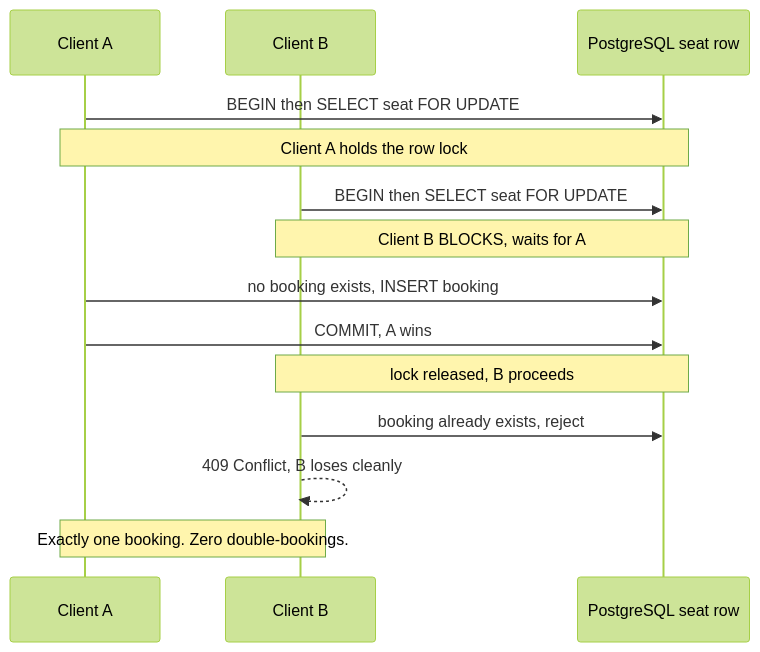
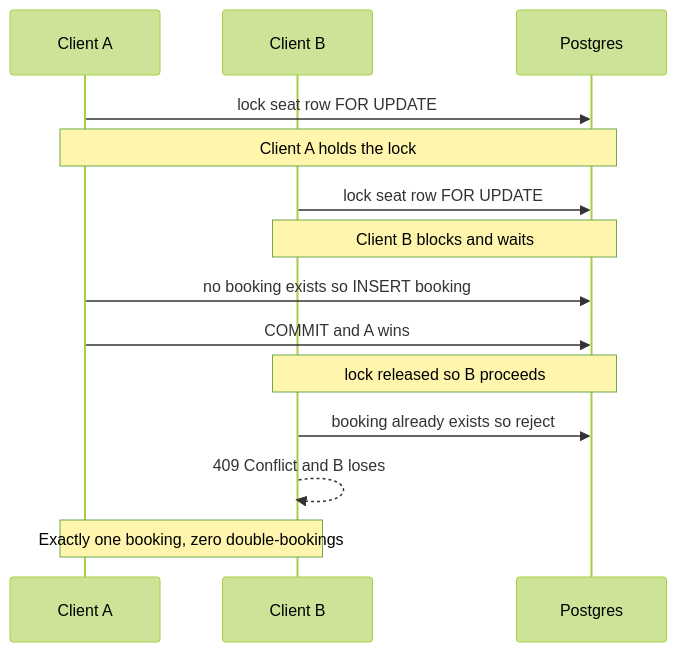
The second of 2 diagrams in README.md (Arjun7114/seatlock), drawn with Mermaid (forest theme) before and after one commit. The commit also changed other lines of this file, not shown here.

Commit message:
docs: fix mermaid sequence diagram syntax

````diff
--- a/README.md
+++ b/README.md
@@ -56,20 +56,20 @@
 ```mermaid
 sequenceDiagram
     participant A as Client A
     participant B as Client B
-    participant DB as PostgreSQL seat row
+    participant DB as Postgres
 
-    A->>DB: BEGIN then SELECT seat FOR UPDATE
-    Note over A,DB: Client A holds the row lock
-    B->>DB: BEGIN then SELECT seat FOR UPDATE
-    Note over B,DB: Client B BLOCKS, waits for A
+    A->>DB: lock seat row FOR UPDATE
+    Note over A,DB: Client A holds the lock
+    B->>DB: lock seat row FOR UPDATE
+    Note over B,DB: Client B blocks and waits
 
-    A->>DB: no booking exists, INSERT booking
-    A->>DB: COMMIT, A wins
+    A->>DB: no booking exists so INSERT booking
+    A->>DB: COMMIT and A wins
 
-    Note over B,DB: lock released, B proceeds
-    B->>DB: booking already exists, reject
-    B-->>B: 409 Conflict, B loses cleanly
+    Note over B,DB: lock released so B proceeds
+    B->>DB: booking already exists so reject
+    B-->>B: 409 Conflict and B loses
 
-    Note over A,B: Exactly one booking. Zero double-bookings.
+    Note over A,B: Exactly one booking, zero double-bookings
 ```
````
